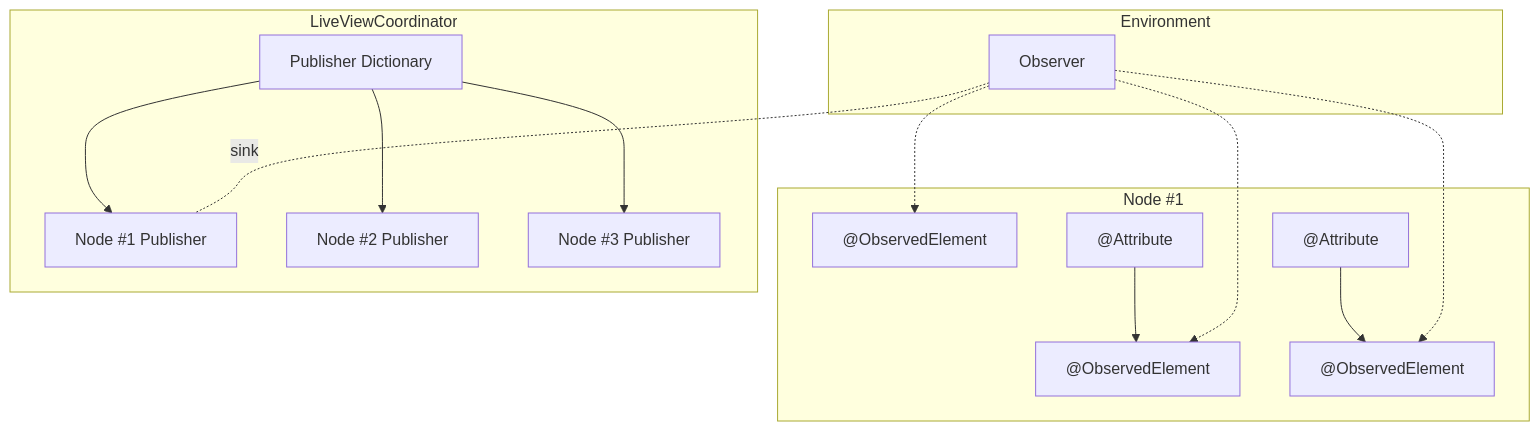
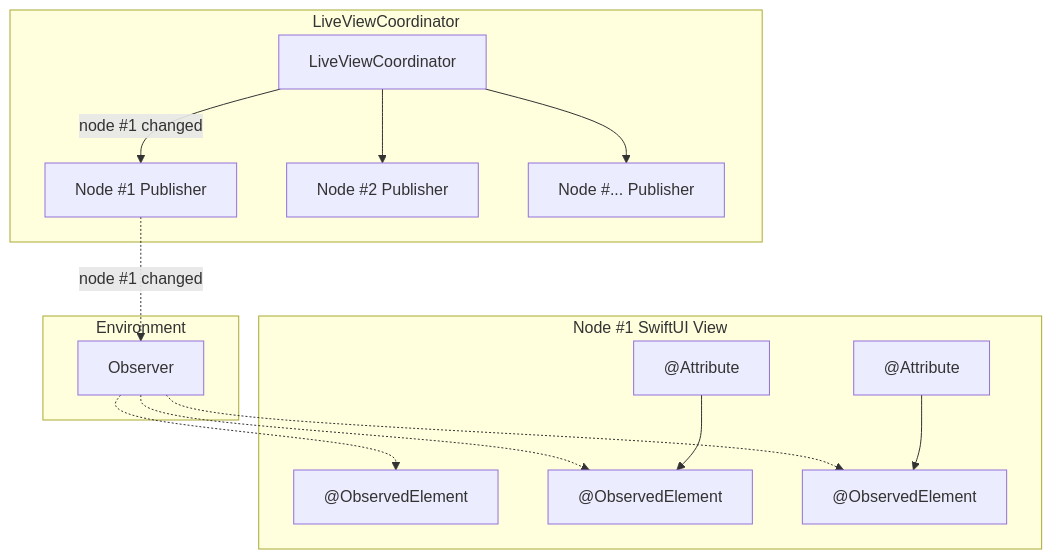
Before and after one commit to liveview-native/liveview-client-swiftui: the second of 2 diagrams in guides/architecture/updates.md, drawn with Mermaid. The commit also changed other lines of this file and 1 other file, not shown here.

Commit message:
Improve navigation and update documentation

````diff
--- a/guides/architecture/updates.md
+++ b/guides/architecture/updates.md
@@ -42,28 +42,27 @@
 ```mermaid
 flowchart TD
     subgraph LiveViewCoordinator
-        PD[Publisher Dictionary]
-        PD --> VP1[Node #1 Publisher]
-        PD --> VP2[Node #2 Publisher]
-        PD --> VP3[Node #3 Publisher]
+        LVC[LiveViewCoordinator]
+        LVC --> |node #1 changed| VP1[Node #1 Publisher]
+        LVC --> VP2[Node #2 Publisher]
+        LVC --> VP3[Node #... Publisher]
     end
 
-    O -.- |sink| VP1
-    VP1 ~~~ OE3
+    VP1 -.-> |node #1 changed| O
 
     subgraph Environment
         O[Observer]
     end
 
-    subgraph Node #1
+    subgraph Node #1 SwiftUI View
         OE1["@ObservedElement"]
         A1["@Attribute"]
         A2["@Attribute"]
         A1 --> OE2["@ObservedElement"]
         A2 --> OE3["@ObservedElement"]
     end
 
     O -.-> OE1
     O -.-> OE2
     O -.-> OE3
 ```
````
